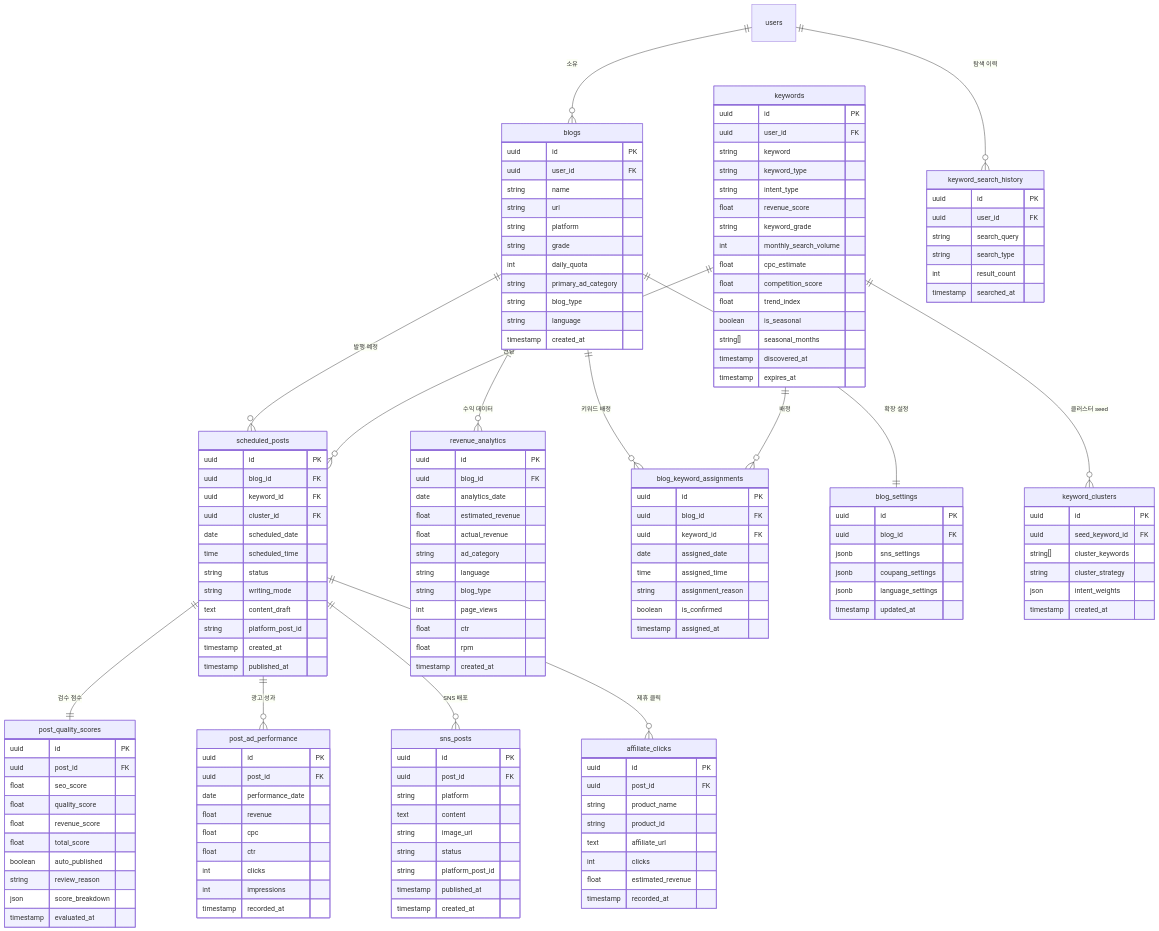
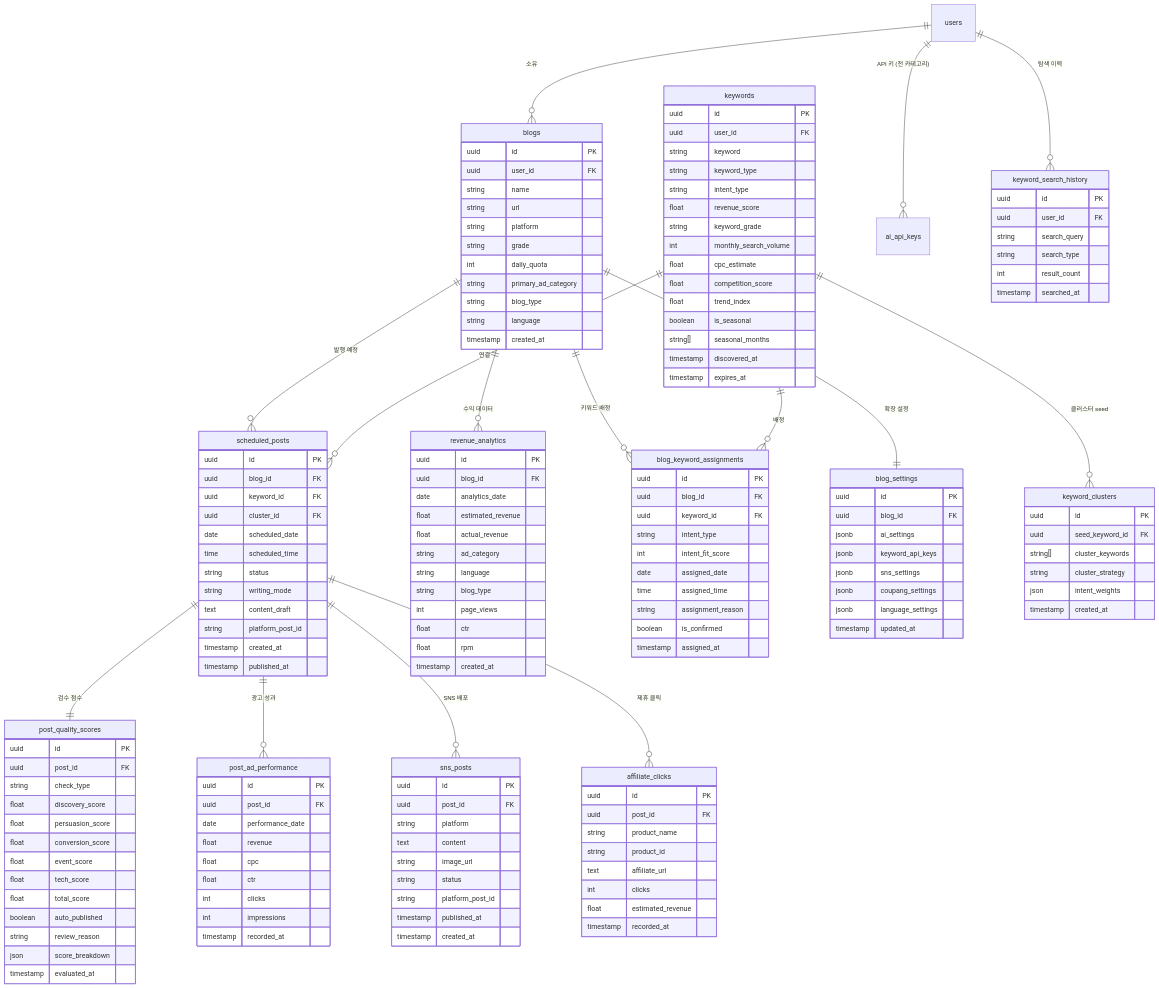
One commit to hakbun-maker/Multi-blog-hub changed the diagram in docs/add/04-database-design.md. Above: the diagram before and after it, drawn with Mermaid. The commit also changed other lines of this file and 348 other files, not shown here.

```diff
--- a/docs/add/04-database-design.md
+++ b/docs/add/04-database-design.md
@@ -23,6 +23,7 @@
     scheduled_posts ||--o{ affiliate_clicks : "제휴 클릭"
 
     users ||--o{ blogs : "소유"
+    users ||--o{ ai_api_keys : "API 키 (전 카테고리)"
     users ||--o{ keyword_search_history : "탐색 이력"
 
     blogs {
@@ -84,9 +85,12 @@
     post_quality_scores {
         uuid id PK
         uuid post_id FK
-        float seo_score
-        float quality_score
-        float revenue_score
+        string check_type
+        float discovery_score
+        float persuasion_score
+        float conversion_score
+        float event_score
+        float tech_score
         float total_score
         boolean auto_published
         string review_reason
@@ -125,6 +129,8 @@
         uuid id PK
         uuid blog_id FK
         uuid keyword_id FK
+        string intent_type
+        int intent_fit_score
         date assigned_date
         time assigned_time
         string assignment_reason
@@ -144,6 +150,8 @@
     blog_settings {
         uuid id PK
         uuid blog_id FK
+        jsonb ai_settings
+        jsonb keyword_api_keys
         jsonb sns_settings
         jsonb coupang_settings
         jsonb language_settings
```
